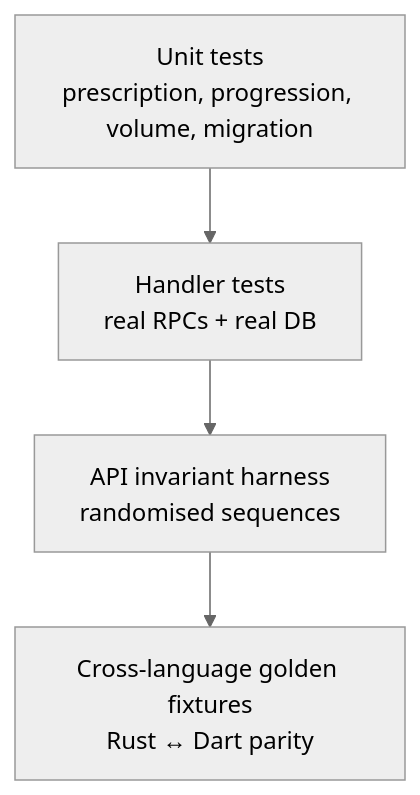
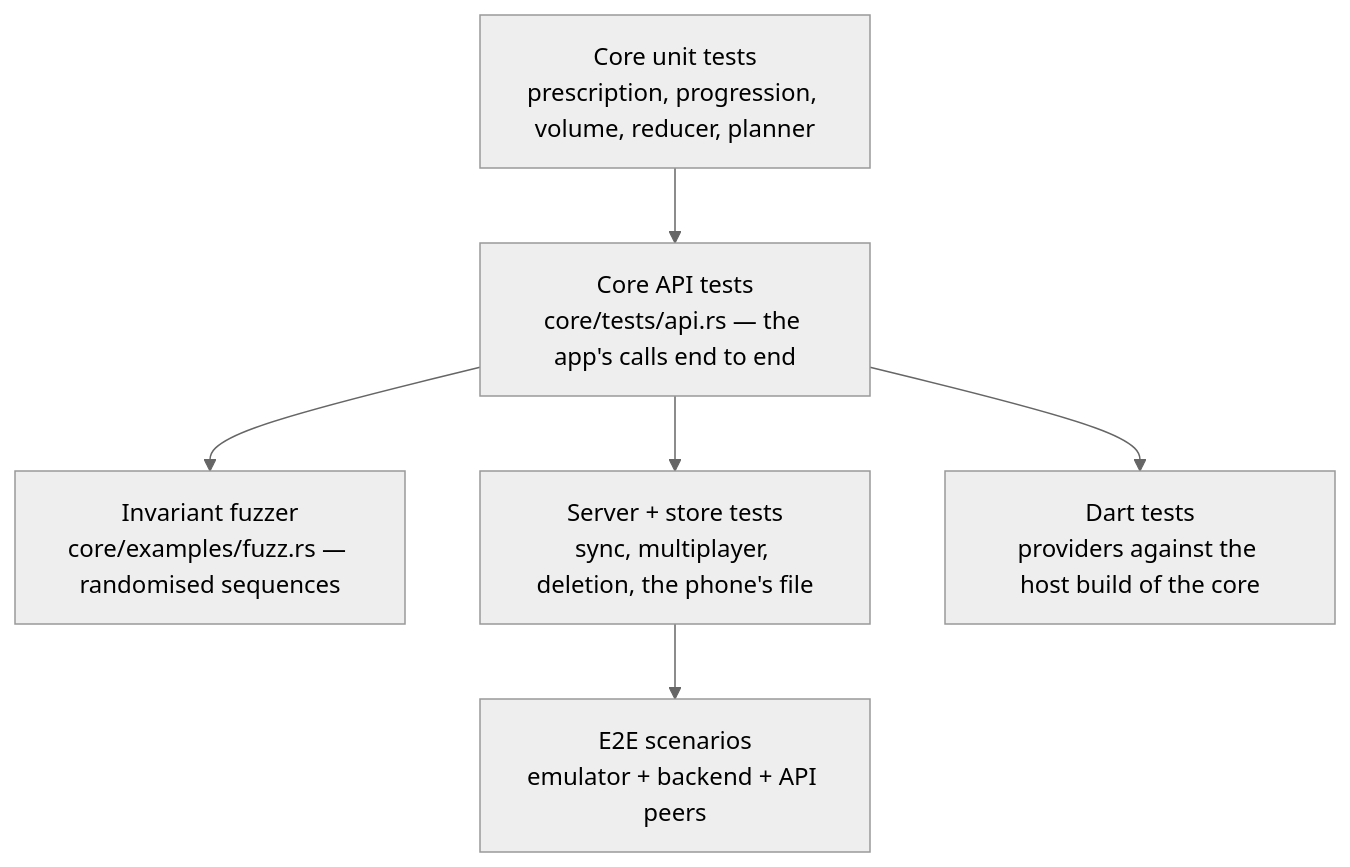
One commit to brensch/lift changed the diagram in docs/architecture/testing.md. Above: the diagram before and after it, drawn with Mermaid (neutral theme). The commit also changed other lines of this file and 214 other files, not shown here.

First line of the commit message:
Local-first: the Rust core on the phone (#74)

````diff
--- a/docs/architecture/testing.md
+++ b/docs/architecture/testing.md
@@ -5,6 +6,8 @@
 ```mermaid
 graph TD
-    A["Unit tests<br/>prescription, progression, volume, migration"] --> C["Handler tests<br/>real RPCs + real DB"]
-    C --> D["API invariant harness<br/>randomised sequences"]
-    D --> E["Cross-language golden fixtures<br/>Rust ↔ Dart parity"]
+    A["Core unit tests<br/>prescription, progression, volume, reducer, planner"] --> B["Core API tests<br/>core/tests/api.rs — the app's calls end to end"]
+    B --> C["Invariant fuzzer<br/>core/examples/fuzz.rs — randomised sequences"]
+    B --> D["Server + store tests<br/>sync, multiplayer, deletion, the phone's file"]
+    B --> E["Dart tests<br/>providers against the host build of the core"]
+    D --> F["E2E scenarios<br/>emulator + backend + API peers"]
 ```
````
